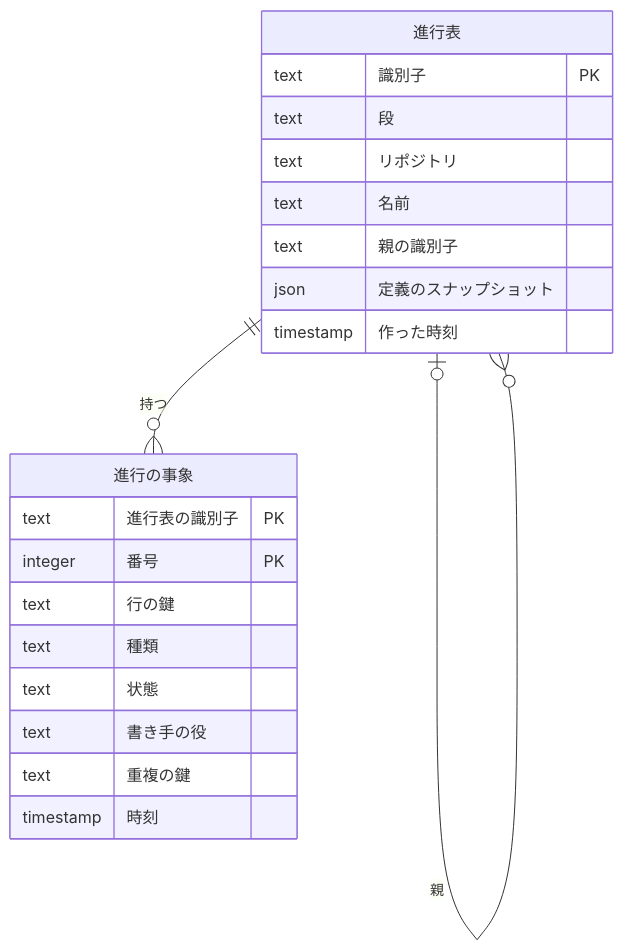
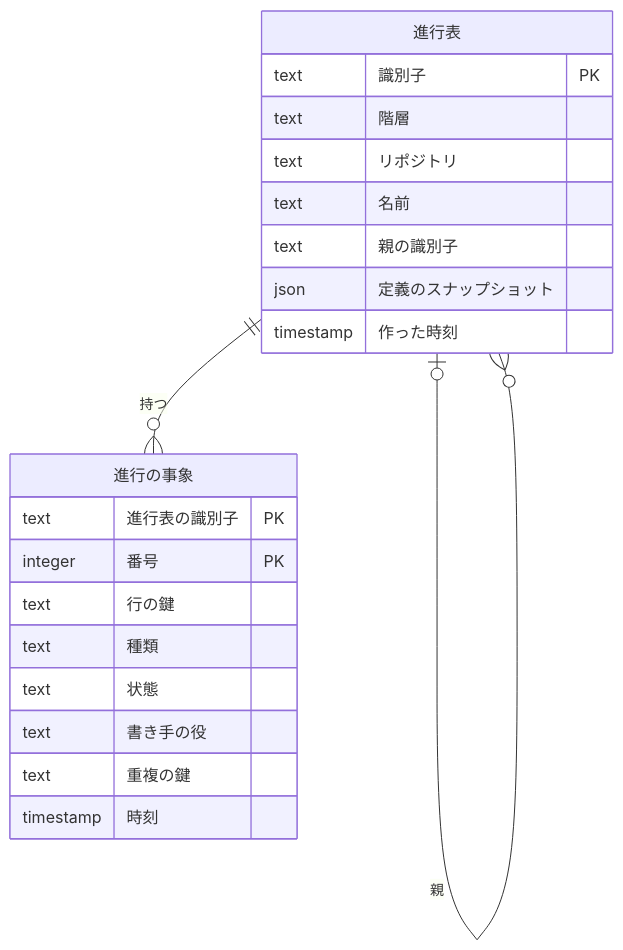
One commit to devbasex/ai-plugins changed the third of 7 diagrams in issues/issue-3092-design-runtime.md. Above: the diagram before and after it, drawn with Mermaid. The commit also changed other lines of this file and 1 other file, not shown here.

````diff
--- a/issues/issue-3092-design-runtime.md
+++ b/issues/issue-3092-design-runtime.md
@@ -96,24 +96,24 @@
 ```mermaid
 erDiagram
     進行表 ||--o{ 進行の事象 : 持つ
     進行表 |o--o{ 進行表 : 親
     進行表 {
         text 識別子 PK
-        text 段
+        text 階層
         text リポジトリ
         text 名前
         text 親の識別子
         json 定義のスナップショット
         timestamp 作った時刻
     }
     進行の事象 {
         text 進行表の識別子 PK
         integer 番号 PK
         text 行の鍵
         text 種類
         text 状態
         text 書き手の役
         text 重複の鍵
         timestamp 時刻
     }
 ```
````
